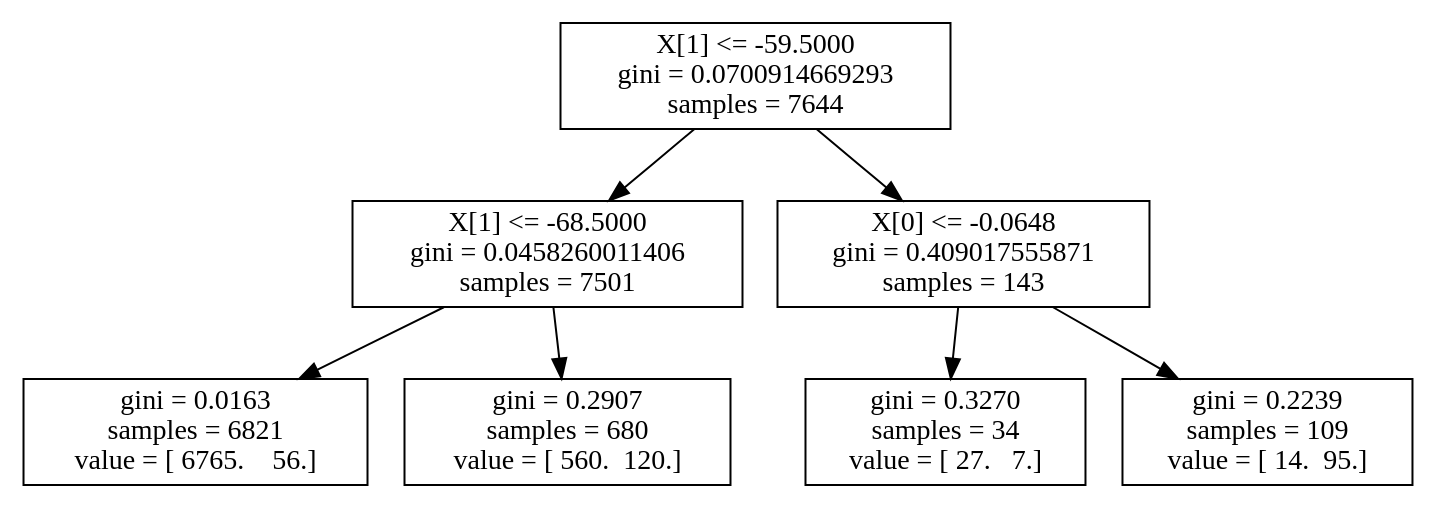
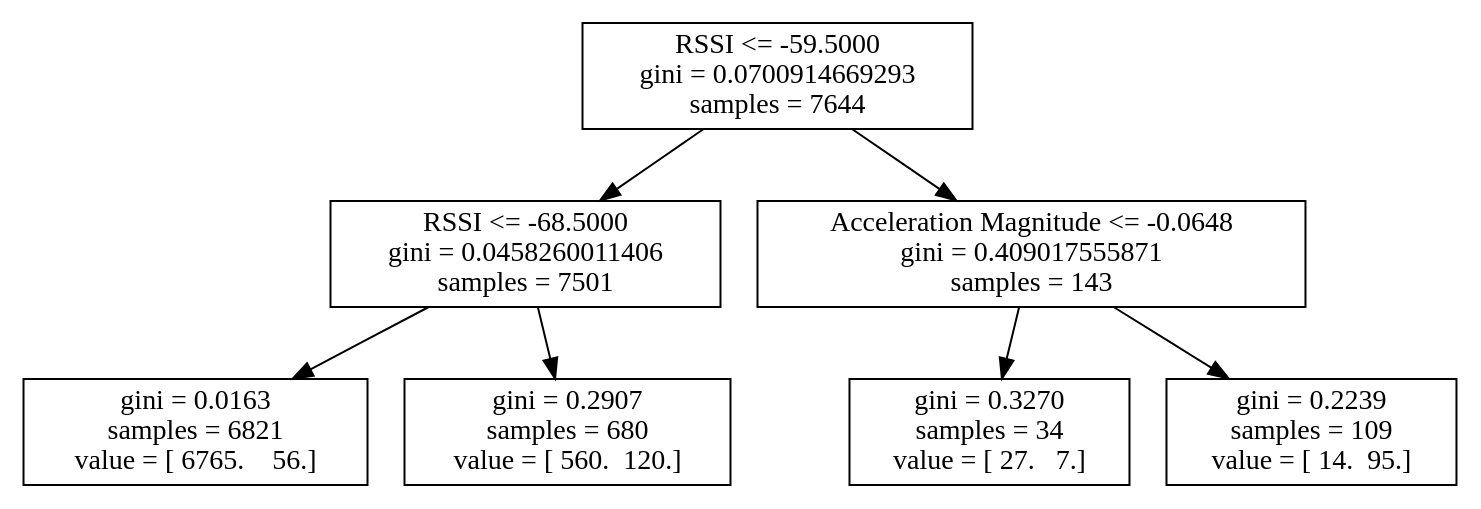
The diagram in logs/4_19/log31.dot (atitus5/6s062-Project), drawn with Graphviz before and after one commit. The commit also changed 73 other files, not shown here.

```diff
--- a/logs/4_19/log31.dot
+++ b/logs/4_19/log31.dot
@@ -1,15 +1,15 @@
 digraph Tree {
-0 [label="X[1] <= -59.5000\ngini = 0.0700914669293\nsamples = 7644", shape="box"] ;
-1 [label="X[1] <= -68.5000\ngini = 0.0458260011406\nsamples = 7501", shape="box"] ;
+0 [label="RSSI <= -59.5000\ngini = 0.0700914669293\nsamples = 7644", shape="box"] ;
+1 [label="RSSI <= -68.5000\ngini = 0.0458260011406\nsamples = 7501", shape="box"] ;
 0 -> 1 ;
 2 [label="gini = 0.0163\nsamples = 6821\nvalue = [ 6765.    56.]", shape="box"] ;
 1 -> 2 ;
 3 [label="gini = 0.2907\nsamples = 680\nvalue = [ 560.  120.]", shape="box"] ;
 1 -> 3 ;
-4 [label="X[0] <= -0.0648\ngini = 0.409017555871\nsamples = 143", shape="box"] ;
+4 [label="Acceleration Magnitude <= -0.0648\ngini = 0.409017555871\nsamples = 143", shape="box"] ;
 0 -> 4 ;
 5 [label="gini = 0.3270\nsamples = 34\nvalue = [ 27.   7.]", shape="box"] ;
 4 -> 5 ;
 6 [label="gini = 0.2239\nsamples = 109\nvalue = [ 14.  95.]", shape="box"] ;
 4 -> 6 ;
 }
```
